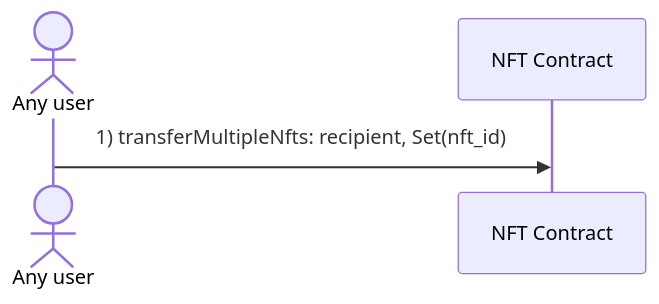
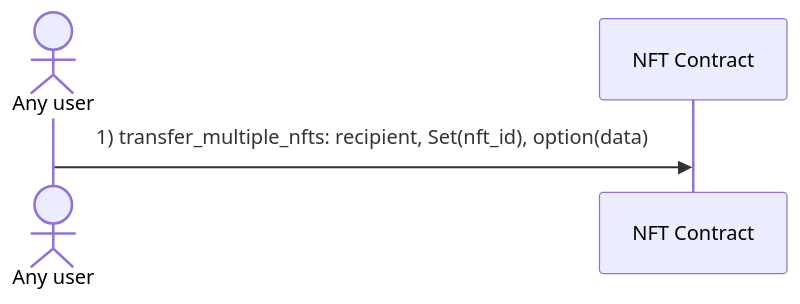
One commit to marc0olo/aens-nfts changed the second of 2 diagrams in docs/diagrams/transfer_nfts.md. Above: the diagram before and after it, drawn with Mermaid. The commit also changed 17 other files, not shown here.

````diff
--- a/docs/diagrams/transfer_nfts.md
+++ b/docs/diagrams/transfer_nfts.md
@@ -14,5 +14,5 @@
 ```mermaid
 sequenceDiagram
     actor Any user
-    Any user ->> NFT Contract: 1) transferMultipleNfts: recipient, Set(nft_id)
+    Any user ->> NFT Contract: 1) transfer_multiple_nfts: recipient, Set(nft_id), option(data)
 ```
````
